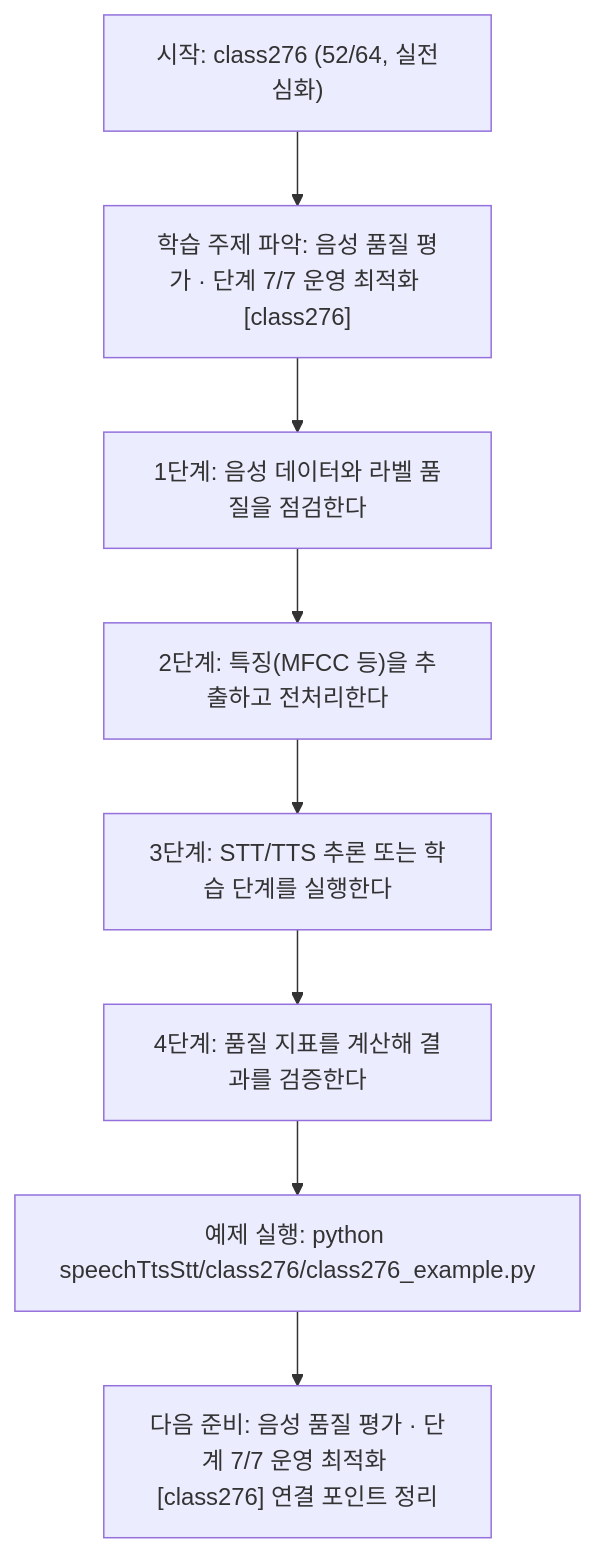
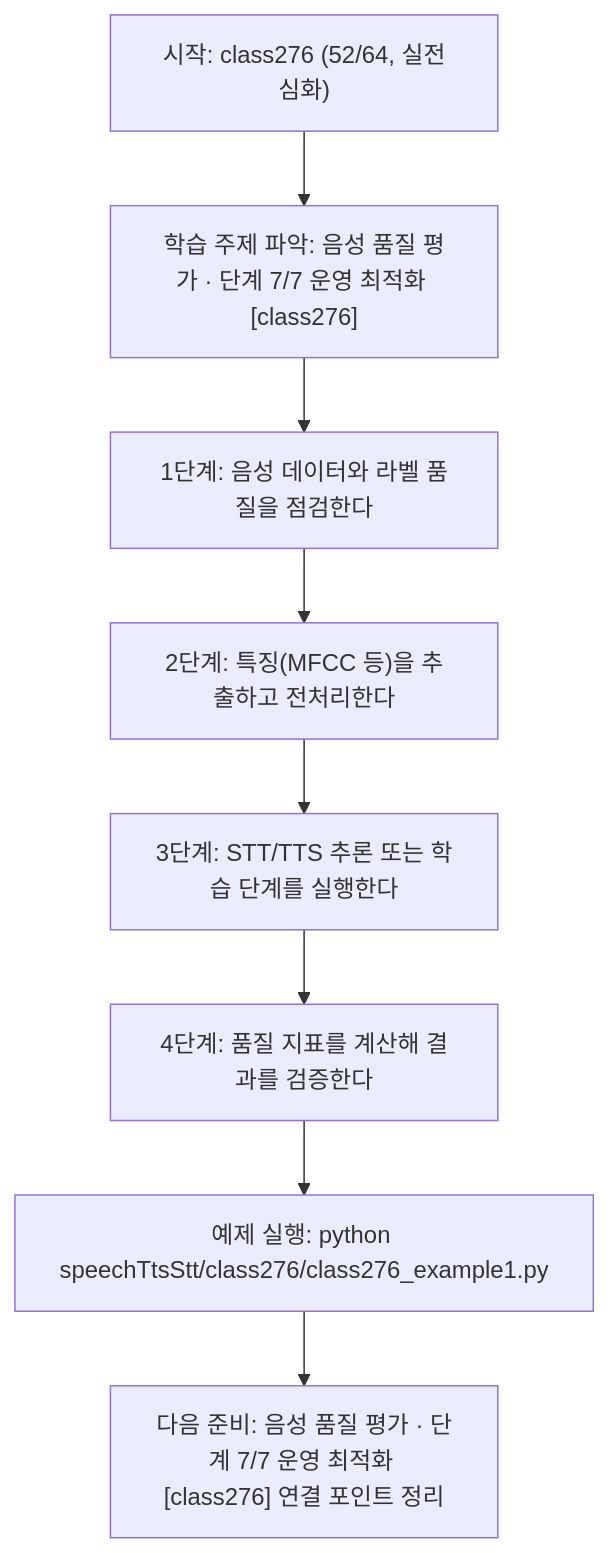
Before and after one commit to edumgt/Python-AI_Agent-Class: the diagram in speechTtsStt/class276/class276.md, drawn with Mermaid. The commit also changed other lines of this file and 2959 other files, not shown here.

````diff
--- a/speechTtsStt/class276/class276.md
+++ b/speechTtsStt/class276/class276.md
@@ -114,18 +114,18 @@
 ```mermaid
 flowchart TD
 N1["시작: class276 (52/64, 실전심화)"]
 N2["학습 주제 파악: 음성 품질 평가 · 단계 7/7 운영 최적화 [class276]"]
 N3["1단계: 음성 데이터와 라벨 품질을 점검한다"]
 N4["2단계: 특징(MFCC 등)을 추출하고 전처리한다"]
 N5["3단계: STT/TTS 추론 또는 학습 단계를 실행한다"]
 N6["4단계: 품질 지표를 계산해 결과를 검증한다"]
-N7["예제 실행: python speechTtsStt/class276/class276_example.py"]
+N7["예제 실행: python speechTtsStt/class276/class276_example1.py"]
 N8["다음 준비: 음성 품질 평가 · 단계 7/7 운영 최적화 [class276] 연결 포인트 정리"]
 N1 --> N2
 N2 --> N3
 N3 --> N4
 N4 --> N5
 N5 --> N6
 N6 --> N7
 N7 --> N8
 ```
````
